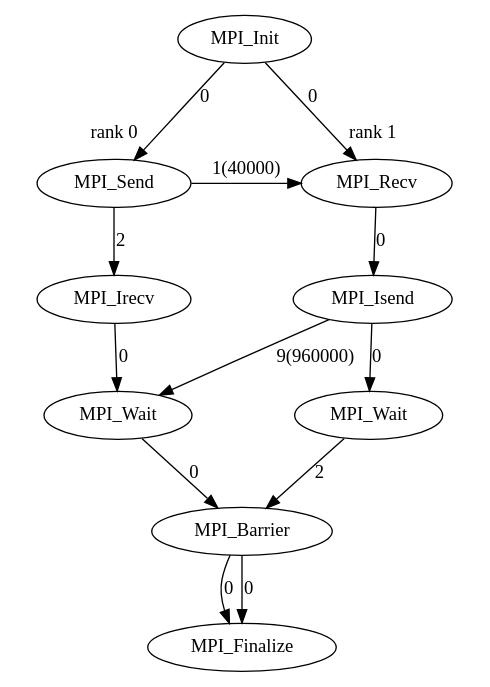
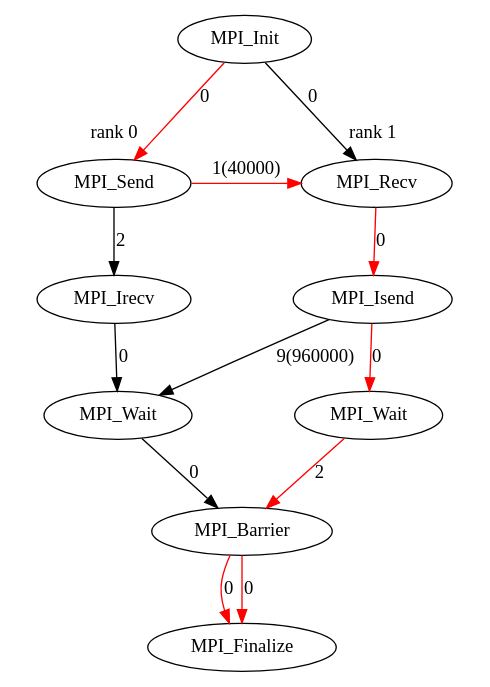
Before and after one commit to imsure/mpi-profiler: the diagram in profiler/graph.dot, drawn with Graphviz. The commit also changed 8 other files, not shown here.

```diff
--- a/profiler/graph.dot
+++ b/profiler/graph.dot
@@ -1,34 +1,34 @@
 digraph {
 	MPI_Init [label="MPI_Init"];
 	MPI_Send_0_0 [label="MPI_Send"];
 	MPI_Irecv_0_1 [label="MPI_Irecv"];
 	MPI_Wait_0_2 [label="MPI_Wait"];
 	MPI_Barrier_0 [label="MPI_Barrier"];
 	MPI_Finalize [label="MPI_Finalize"];
 	MPI_Recv_1_0 [label="MPI_Recv"];
 	MPI_Isend_1_1 [label="MPI_Isend"];
 	MPI_Wait_1_2 [label="MPI_Wait"];
 
 	subgraph cluster_0 {
 		label = "rank 0"
 		color = white
 		MPI_Send_0_0 -> MPI_Irecv_0_1 [label=2];
 		MPI_Irecv_0_1 -> MPI_Wait_0_2 [label=0];
 	}
 	subgraph cluster_1 {
 		label = "rank 1"
 		color = white
-		MPI_Recv_1_0 -> MPI_Isend_1_1 [label=0];
-		MPI_Isend_1_1 -> MPI_Wait_1_2 [label=0];
+		MPI_Recv_1_0 -> MPI_Isend_1_1 [label=0,color=red];
+		MPI_Isend_1_1 -> MPI_Wait_1_2 [label=0,color=red];
 	}
 
-	MPI_Send_0_0 -> MPI_Recv_1_0 [label="1(40000)"];
+	MPI_Send_0_0 -> MPI_Recv_1_0 [label="1(40000)",color=red];
 	MPI_Isend_1_1 -> MPI_Wait_0_2 [label="9(960000)"];
 
-	MPI_Init -> MPI_Send_0_0 [label=0];
+	MPI_Init -> MPI_Send_0_0 [label=0,color=red];
 	MPI_Wait_0_2 -> MPI_Barrier_0 [label=0];
-	MPI_Barrier_0 -> MPI_Finalize [label=0];
+	MPI_Barrier_0 -> MPI_Finalize [label=0,color=red];
 	MPI_Init -> MPI_Recv_1_0 [label=0];
-	MPI_Wait_1_2 -> MPI_Barrier_0 [label=2];
-	MPI_Barrier_0 -> MPI_Finalize [label=0];
+	MPI_Wait_1_2 -> MPI_Barrier_0 [label=2,color=red];
+	MPI_Barrier_0 -> MPI_Finalize [label=0,color=red];
 }
```
